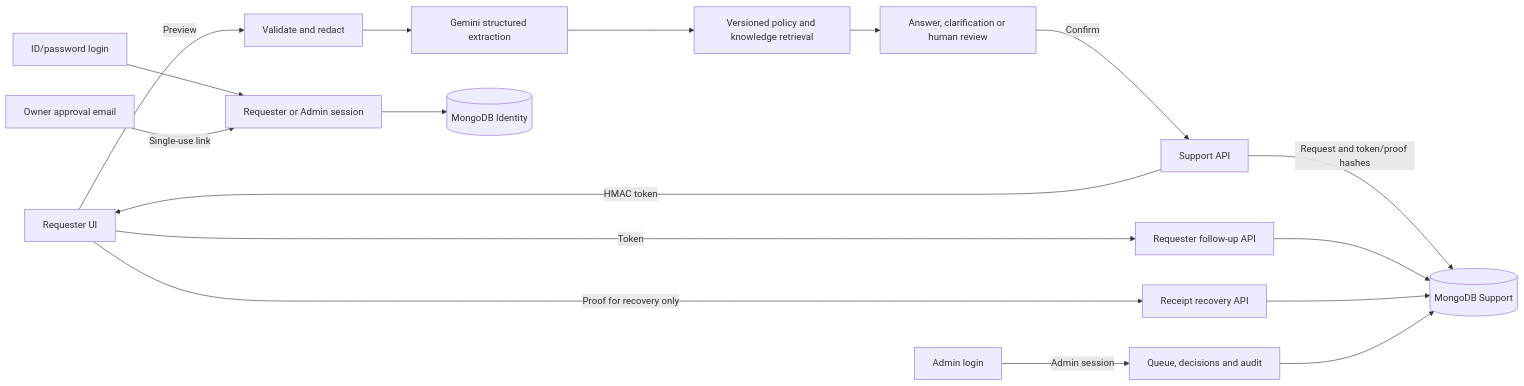
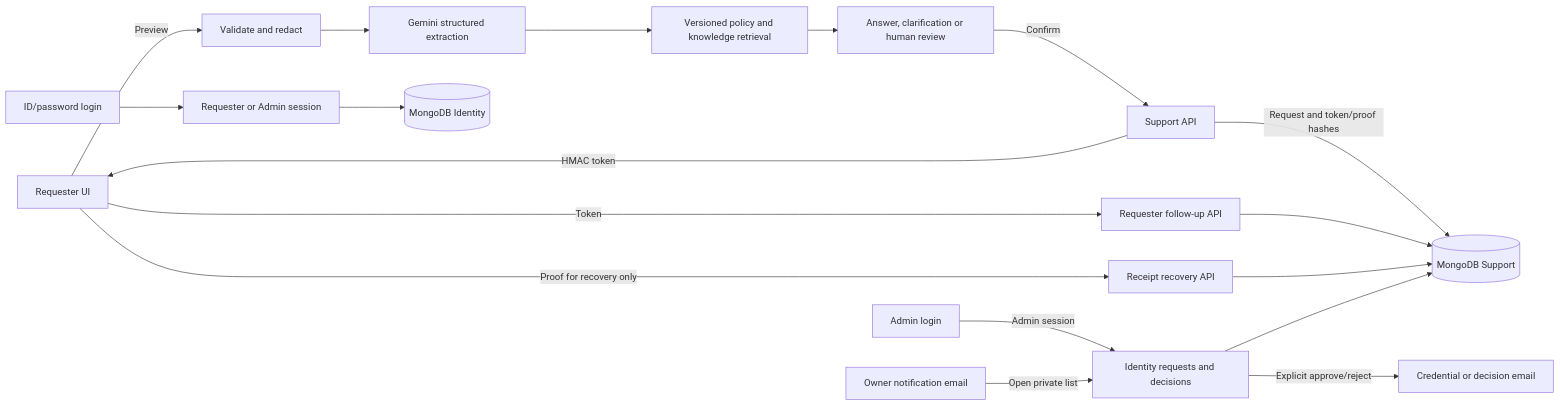
One commit to Tienkhoaa2908/NSC-helpdesk---MLAI-hackathon-2026 changed the first of 2 diagrams in README.md. Above: the diagram before and after it, drawn with Mermaid. The commit also changed other lines of this file and 38 other files, not shown here.

Commit message:
Complete demo account issuance flow

````diff
--- a/README.md
+++ b/README.md
@@ -56,19 +64,20 @@
 ```mermaid
 flowchart LR
   R[Requester UI] -->|Preview| I[Validate and redact]
   I --> M[Gemini structured extraction]
   M --> P[Versioned policy and knowledge retrieval]
   P --> V[Answer, clarification or human review]
   V -->|Confirm| S[Support API]
   S -->|Request and token/proof hashes| DB[(MongoDB Support)]
   S -->|HMAC token| R
   R -->|Token| F[Requester follow-up API]
   F --> DB
   R -->|Proof for recovery only| H[Receipt recovery API]
   H --> DB
-  A[Admin login] -->|Admin session| Q[Queue, decisions and audit]
+  A[Admin login] -->|Admin session| Q[Identity requests and decisions]
   Q --> DB
   U[ID/password login] --> ID[Requester or Admin session]
-  O[Owner approval email] -->|Single-use link| ID
+  O[Owner notification email] -->|Open private list| Q
+  Q -->|Explicit approve/reject| E[Credential or decision email]
   ID --> DI[(MongoDB Identity)]
 ```
````
